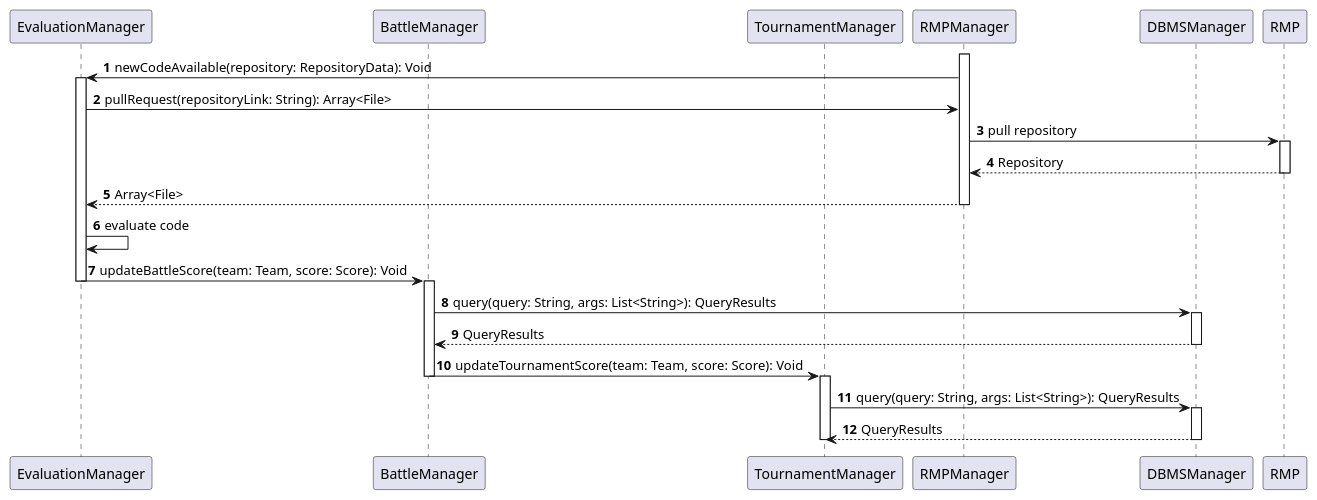
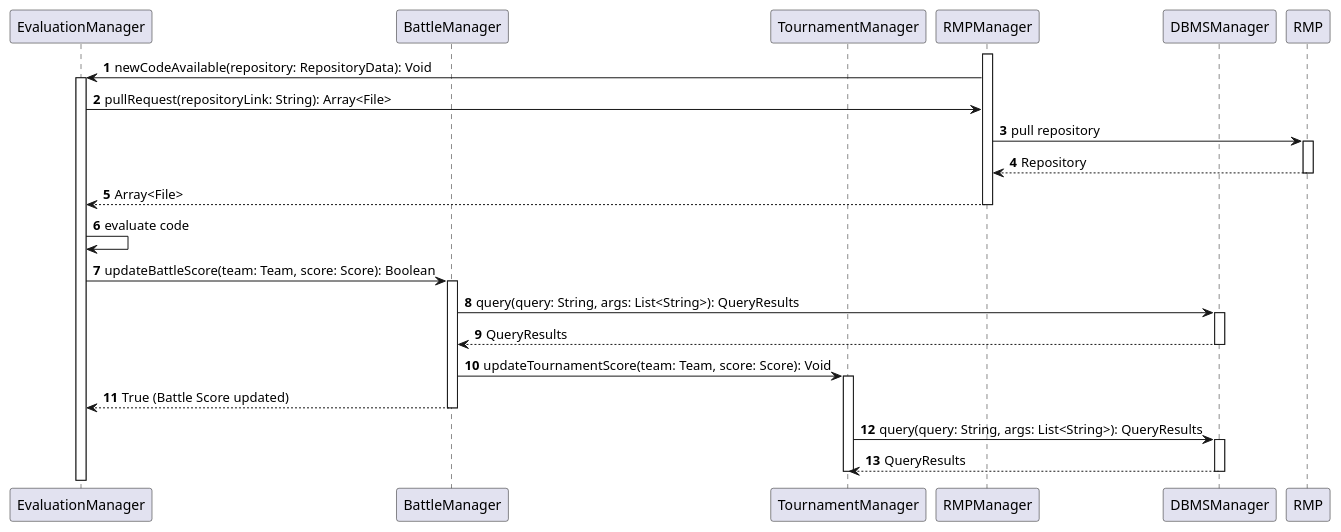
The diagram in _DD/Images/sequenceDiagrams/evaluateCode.wsd (Angelo7672/SE2_Requirement-and-Design-Document), drawn with PlantUML before and after one commit. The commit also changed 5 other files, not shown here.

```diff
--- a/_DD/Images/sequenceDiagrams/evaluateCode.wsd
+++ b/_DD/Images/sequenceDiagrams/evaluateCode.wsd
@@ -1,40 +1,40 @@
 @startuml
 
 autonumber
 
 participant EvaluationManager as EM
 participant BattleManager as BM
 participant TournamentManager as TM
 participant RMPManager as RMP
 participant DBMSManager as DBMS
 participant RMP as rmpExt
 
 
 activate RMP
 RMP -> EM: newCodeAvailable(repository: RepositoryData): Void
 activate EM
 EM -> RMP: pullRequest(repositoryLink: String): Array<File>
 RMP->rmpExt: pull repository
 activate rmpExt
 rmpExt-->RMP: Repository
 deactivate rmpExt
 RMP --> EM: Array<File>
 deactivate RMP
 EM -> EM: evaluate code
-EM -> BM: updateBattleScore(team: Team, score: Score): Void
-deactivate EM
+EM -> BM: updateBattleScore(team: Team, score: Score): Boolean
 activate BM
 BM->DBMS: query(query: String, args: List<String>): QueryResults
 activate DBMS
 DBMS-->BM: QueryResults
 deactivate DBMS
 BM -> TM: updateTournamentScore(team: Team, score: Score): Void
+activate TM
+BM --> EM: True (Battle Score updated)
 deactivate BM
-activate TM
 TM->DBMS: query(query: String, args: List<String>): QueryResults
 activate DBMS
 DBMS-->TM: QueryResults
 deactivate DBMS
 deactivate TM
 
 @enduml
```
